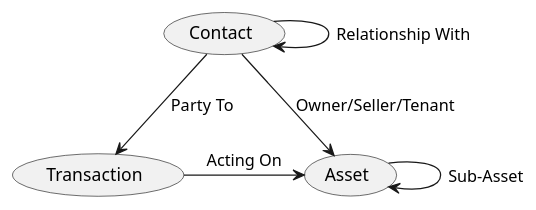
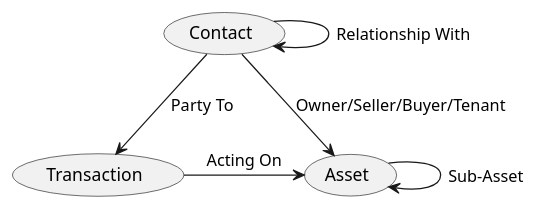
The diagram in assets/RealEstate/Home.puml (Kf-GaryNewport/Kf-GaryNewport.github.io), drawn with PlantUML before and after one commit.

```diff
--- a/assets/RealEstate/Home.puml
+++ b/assets/RealEstate/Home.puml
@@ -1,10 +1,10 @@
 @startuml Real Estate
 
 (Contact) --> (Transaction) : Party To
-(Contact) --> (Asset) : Owner/Seller/Tenant
+(Contact) --> (Asset) : Owner/Seller/Buyer/Tenant
 (Transaction) -> (Asset) : Acting On
 
 (Contact) -> (Contact) : Relationship With
 (Asset) -> (Asset) : Sub-Asset
 
 @enduml
```
